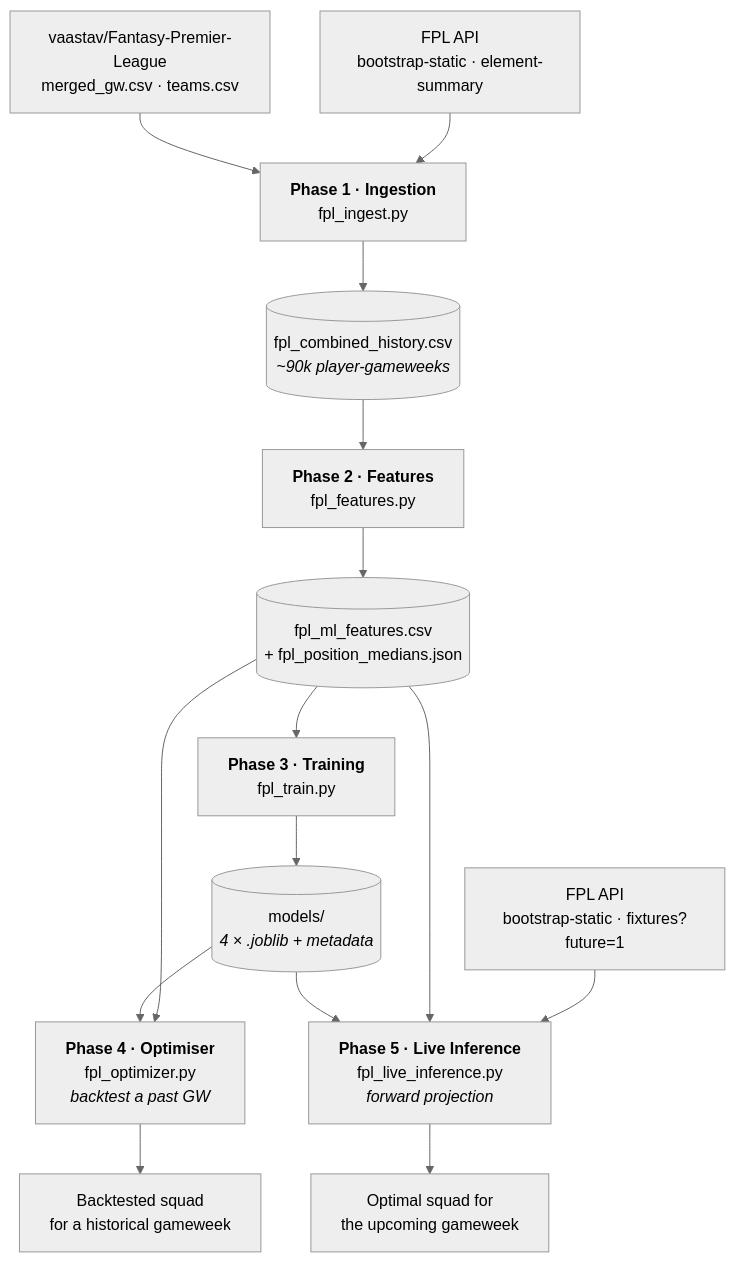
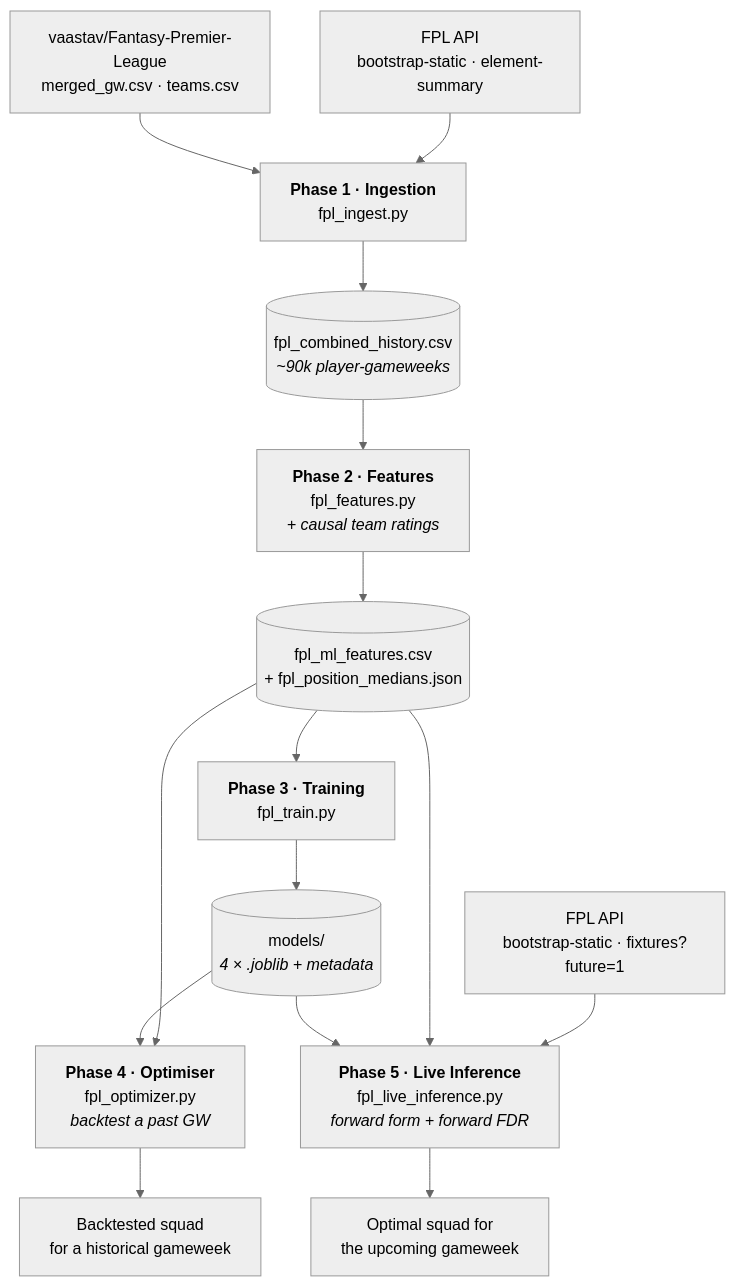
Before and after one commit to VedantMahadik-qc/fpl_ml_pipeline: the diagram in README.md, drawn with Mermaid (neutral theme). The commit also changed other lines of this file and 2 other files, not shown here.

````diff
--- a/README.md
+++ b/README.md
@@ -44,20 +51,20 @@
 ```mermaid
 flowchart TD
     A1["FPL API<br/>bootstrap-static · element-summary"] --> P1
     A2["vaastav/Fantasy-Premier-League<br/>merged_gw.csv · teams.csv"] --> P1
 
     P1["<b>Phase 1 · Ingestion</b><br/>fpl_ingest.py"] --> D1[("fpl_combined_history.csv<br/><i>~90k player-gameweeks</i>")]
-    D1 --> P2["<b>Phase 2 · Features</b><br/>fpl_features.py"]
+    D1 --> P2["<b>Phase 2 · Features</b><br/>fpl_features.py<br/><i>+ causal team ratings</i>"]
     P2 --> D2[("fpl_ml_features.csv<br/>+ fpl_position_medians.json")]
     D2 --> P3["<b>Phase 3 · Training</b><br/>fpl_train.py"]
     P3 --> D3[("models/<br/><i>4 × .joblib + metadata</i>")]
 
     D2 --> P4["<b>Phase 4 · Optimiser</b><br/>fpl_optimizer.py<br/><i>backtest a past GW</i>"]
     D3 --> P4
 
     A3["FPL API<br/>bootstrap-static · fixtures?future=1"] --> P5
-    D2 --> P5["<b>Phase 5 · Live Inference</b><br/>fpl_live_inference.py<br/><i>forward projection</i>"]
+    D2 --> P5["<b>Phase 5 · Live Inference</b><br/>fpl_live_inference.py<br/><i>forward form + forward FDR</i>"]
     D3 --> P5
     P5 --> OUT["Optimal squad for<br/>the upcoming gameweek"]
     P4 --> OUT2["Backtested squad<br/>for a historical gameweek"]
 ```
````
